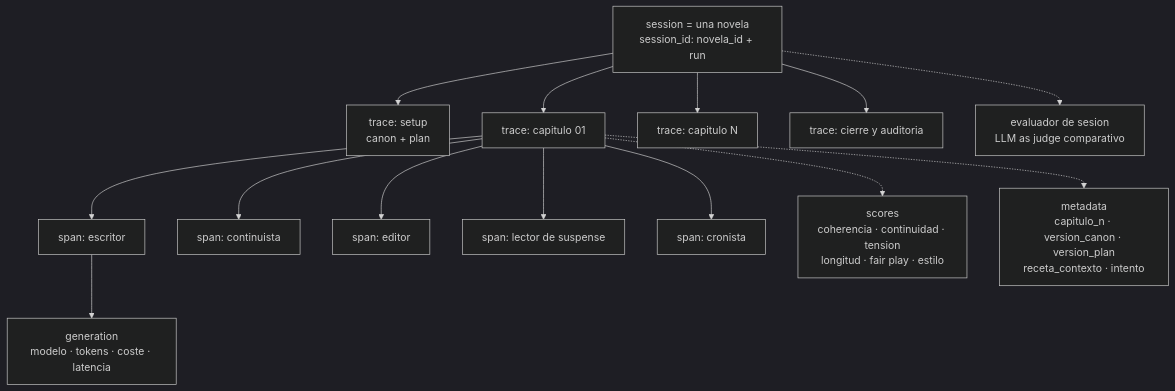
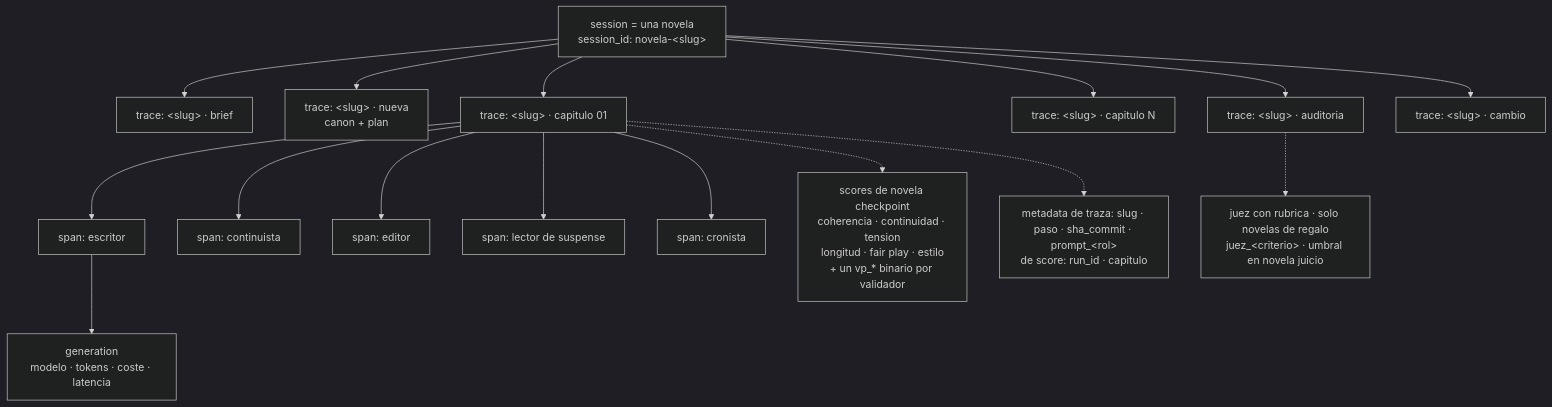
The sixth of 6 diagrams in docs/domain-knowledge.md (4rtuz/story-maker), drawn with Mermaid (dark theme) before and after one commit. The commit also changed other lines of this file and 3 other files, not shown here.

````diff
--- a/docs/domain-knowledge.md
+++ b/docs/domain-knowledge.md
@@ -362,20 +390,22 @@
 ```mermaid
 flowchart TD
-    SES["session = una novela<br/>session_id: novela_id + run"]
-    SES --> T0["trace: setup<br/>canon + plan"]
-    SES --> T1["trace: capitulo 01"]
-    SES --> TN["trace: capitulo N"]
-    SES --> TC["trace: cierre y auditoria"]
+    SES["session = una novela<br/>session_id: novela-&lt;slug&gt;"]
+    SES --> TB["trace: &lt;slug&gt; · brief"]
+    SES --> T0["trace: &lt;slug&gt; · nueva<br/>canon + plan"]
+    SES --> T1["trace: &lt;slug&gt; · capitulo 01"]
+    SES --> TN["trace: &lt;slug&gt; · capitulo N"]
+    SES --> TC["trace: &lt;slug&gt; · auditoria"]
+    SES --> TX["trace: &lt;slug&gt; · cambio"]
 
     T1 --> SP1["span: escritor"]
     T1 --> SP2["span: continuista"]
     T1 --> SP3["span: editor"]
     T1 --> SP4["span: lector de suspense"]
     T1 --> SP5["span: cronista"]
 
     SP1 --> GEN["generation<br/>modelo · tokens · coste · latencia"]
 
-    T1 -.-> SC["scores<br/>coherencia · continuidad · tension<br/>longitud · fair play · estilo"]
-    T1 -.-> MD["metadata<br/>capitulo_n · version_canon · version_plan<br/>receta_contexto · intento"]
-    SES -.-> EV["evaluador de sesion<br/>LLM as judge comparativo"]
+    T1 -.-> SC["scores de novela checkpoint<br/>coherencia · continuidad · tension<br/>longitud · fair play · estilo<br/>+ un vp_* binario por validador"]
+    T1 -.-> MD["metadata de traza: slug · paso · sha_commit · prompt_&lt;rol&gt;<br/>de score: run_id · capitulo"]
+    TC -.-> EV["juez con rubrica · solo novelas de regalo<br/>juez_&lt;criterio&gt; · umbral en novela juicio"]
 ```
````
